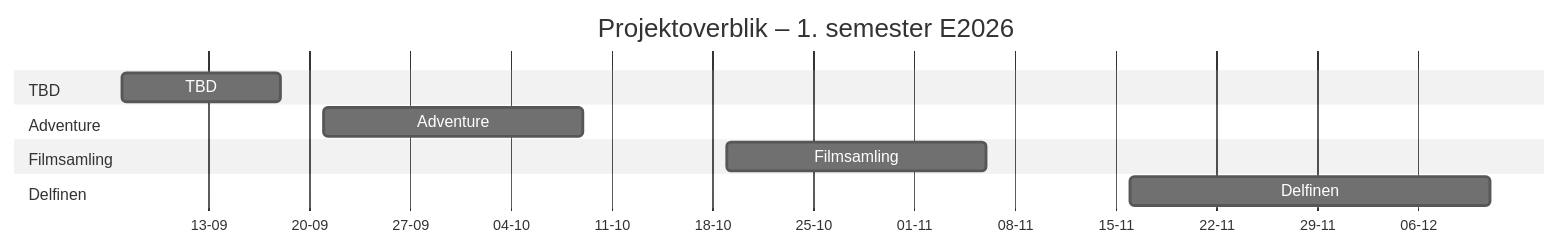
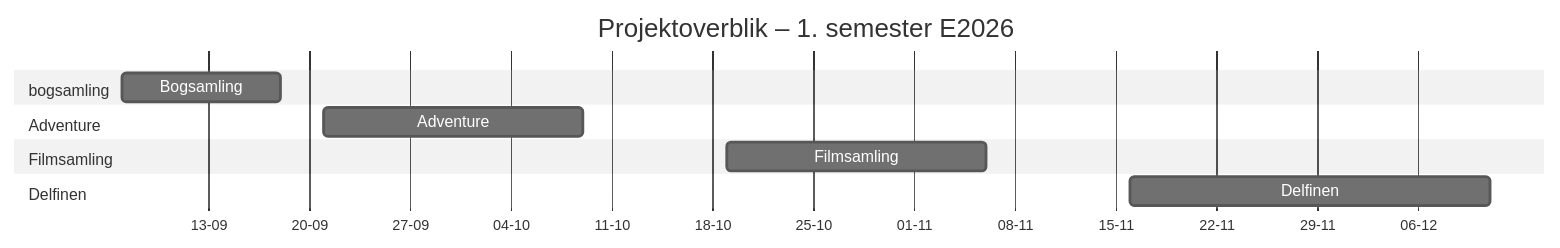
One commit to CheMical/DAT-GBG-DA-E26AB changed the diagram in README.md. Above: the diagram before and after it, drawn with Mermaid (neutral theme).

````diff
--- a/README.md
+++ b/README.md
@@ -636,18 +636,18 @@
 ```mermaid
 gantt
     title Projektoverblik – 1. semester E2026
     dateFormat  YYYY-MM-DD
     axisFormat  %d-%m
 
-    section TBD
-    TBD            :2026-09-7, 2026-09-18
+    section bogsamling
+    Bogsamling            :2026-09-7, 2026-09-18
     
     section Adventure
     Adventure      :2026-09-21, 2026-10-09
 
     section Filmsamling
     Filmsamling    :2026-10-19, 2026-11-06
 
     section Delfinen
     Delfinen       :2026-11-16, 2026-12-11
 ```
````
